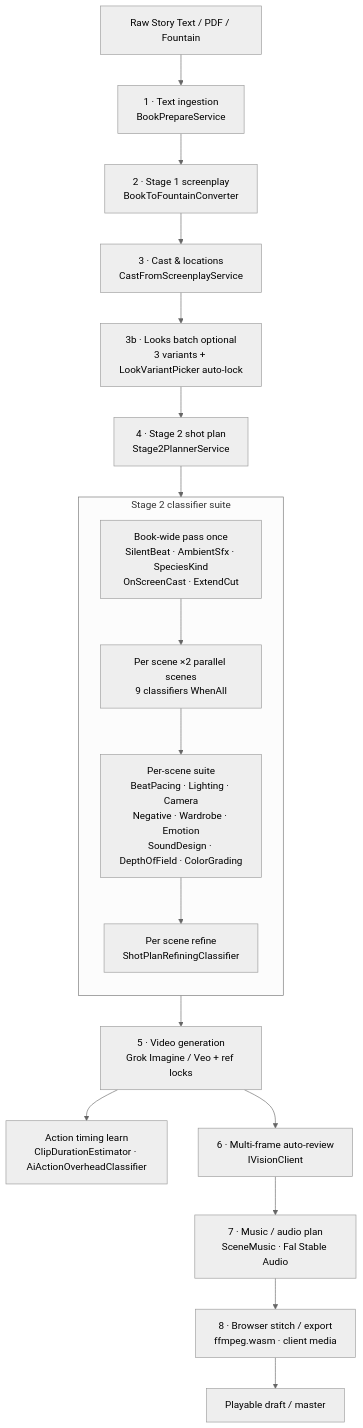
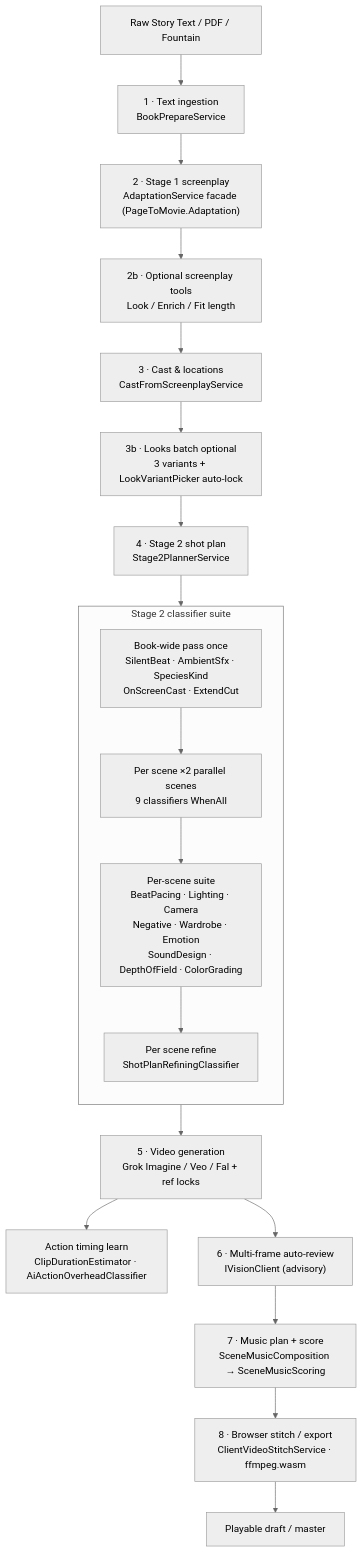
The diagram in README.md (budcribar/PageToMovie), drawn with Mermaid (neutral theme) before and after one commit. The commit also changed other lines of this file and 4 other files, not shown here.

````diff
--- a/README.md
+++ b/README.md
@@ -75,25 +75,26 @@
 ```mermaid
 flowchart TD
     A["Raw Story Text / PDF / Fountain"] --> B["1 · Text ingestion<br/>BookPrepareService"]
-    B --> C["2 · Stage 1 screenplay<br/>BookToFountainConverter"]
-    C --> D["3 · Cast & locations<br/>CastFromScreenplayService"]
+    B --> C["2 · Stage 1 screenplay<br/>AdaptationService facade (PageToMovie.Adaptation)"]
+    C --> C2["2b · Optional screenplay tools<br/>Look / Enrich / Fit length"]
+    C2 --> D["3 · Cast & locations<br/>CastFromScreenplayService"]
     D --> D2["3b · Looks batch optional<br/>3 variants + LookVariantPicker auto-lock"]
     D2 --> E["4 · Stage 2 shot plan<br/>Stage2PlannerService"]
 
     subgraph S2["Stage 2 classifier suite"]
       direction TB
       E1["Book-wide pass once<br/>SilentBeat · AmbientSfx · SpeciesKind<br/>OnScreenCast · ExtendCut"]
       E2["Per scene ×2 parallel scenes<br/>9 classifiers WhenAll"]
       E3["Per-scene suite<br/>BeatPacing · Lighting · Camera<br/>Negative · Wardrobe · Emotion<br/>SoundDesign · DepthOfField · ColorGrading"]
       E4["Per scene refine<br/>ShotPlanRefiningClassifier"]
       E1 --> E2 --> E3 --> E4
     end
 
     E --> E1
-    E4 --> F["5 · Video generation<br/>Grok Imagine / Veo + ref locks"]
+    E4 --> F["5 · Video generation<br/>Grok Imagine / Veo / Fal + ref locks"]
     F --> F2["Action timing learn<br/>ClipDurationEstimator · AiActionOverheadClassifier"]
-    F --> G["6 · Multi-frame auto-review<br/>IVisionClient"]
-    G --> H["7 · Music / audio plan<br/>SceneMusic · Fal Stable Audio"]
-    H --> I["8 · Browser stitch / export<br/>ffmpeg.wasm · client media"]
+    F --> G["6 · Multi-frame auto-review<br/>IVisionClient (advisory)"]
+    G --> H["7 · Music plan + score<br/>SceneMusicComposition → SceneMusicScoring"]
+    H --> I["8 · Browser stitch / export<br/>ClientVideoStitchService · ffmpeg.wasm"]
     I --> J["Playable draft / master"]
 ```
````
